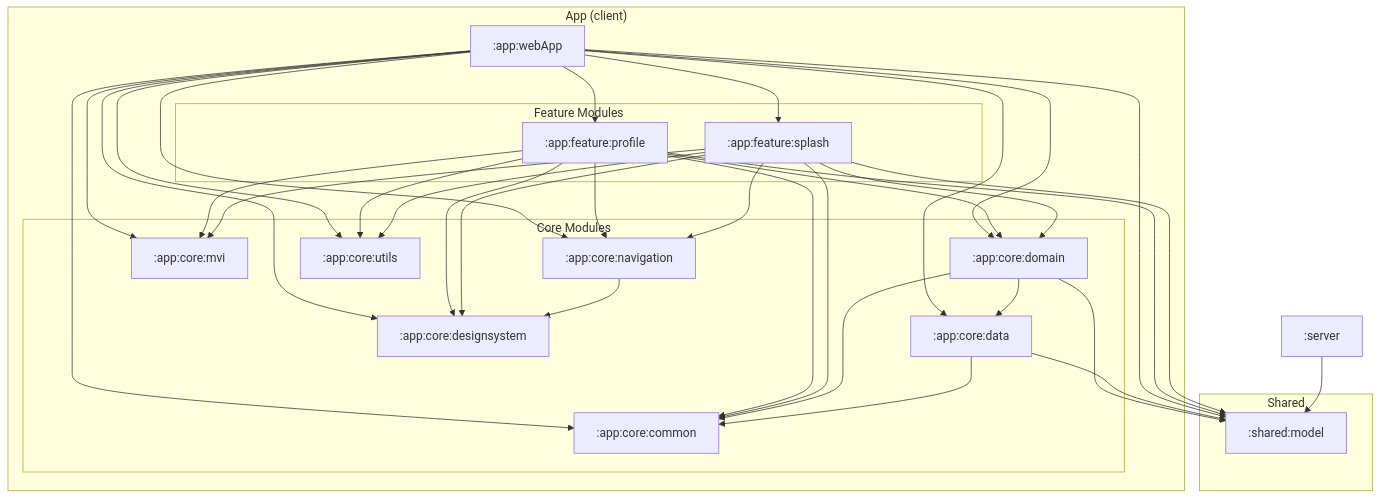
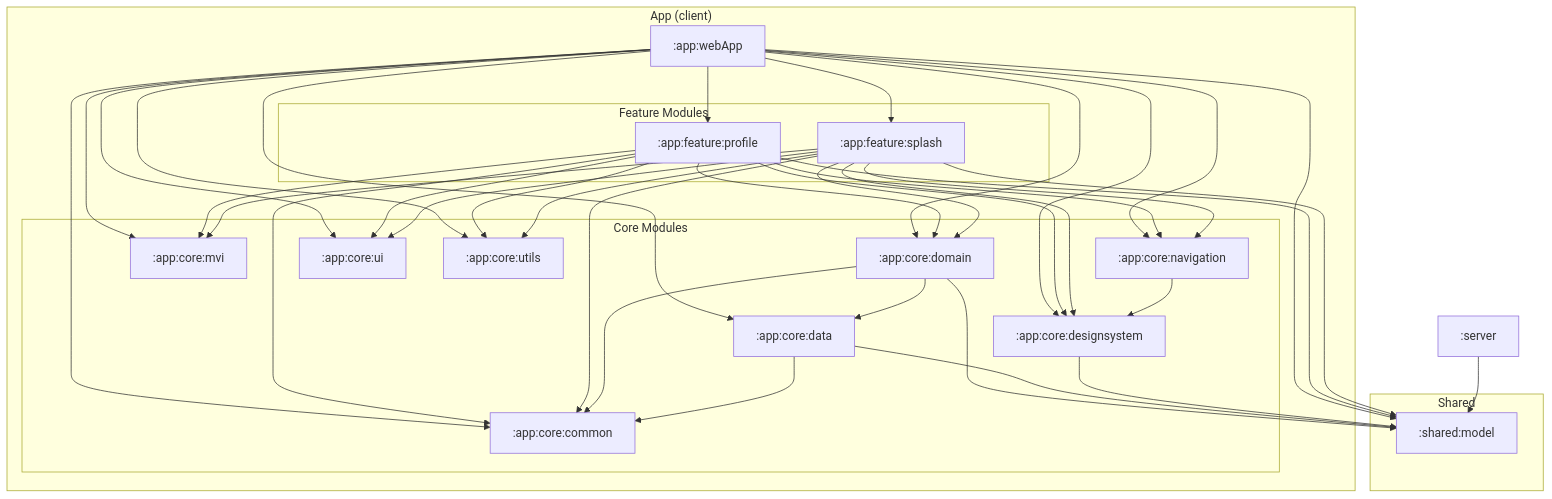
Before and after one commit to kei-1111/kei-1111.github.io: the diagram in docs/ModuleOverview.md, drawn with Mermaid. The commit also changed other lines of this file and 16 other files, not shown here.

First line of the commit message:
refactor(core): add app:core:ui and move HoverState into it

````diff
--- a/docs/ModuleOverview.md
+++ b/docs/ModuleOverview.md
@@ -11,38 +11,40 @@
 ```mermaid
 flowchart TB
     subgraph "Shared"
         model[":shared:model"]
     end
 
     server[":server"]
 
     subgraph "App (client)"
         webApp[":app:webApp"]
 
         subgraph "Feature Modules"
             profile[":app:feature:profile"]
             splash[":app:feature:splash"]
         end
 
         subgraph "Core Modules"
             domain[":app:core:domain"]
             data[":app:core:data"]
             designsystem[":app:core:designsystem"]
             mvi[":app:core:mvi"]
             navigation[":app:core:navigation"]
+            ui[":app:core:ui"]
             common[":app:core:common"]
             utils[":app:core:utils"]
         end
     end
 
     webApp --> profile & splash
-    webApp --> common & data & designsystem & domain & mvi & navigation & utils & model
+    webApp --> common & data & designsystem & domain & mvi & navigation & ui & utils & model
 
-    profile & splash --> common & designsystem & domain & mvi & navigation & utils & model
+    profile & splash --> common & designsystem & domain & mvi & navigation & ui & utils & model
 
     domain --> common & data & model
     data --> common & model
     navigation --> designsystem
+    designsystem --> model
 
     server --> model
 ```
````
